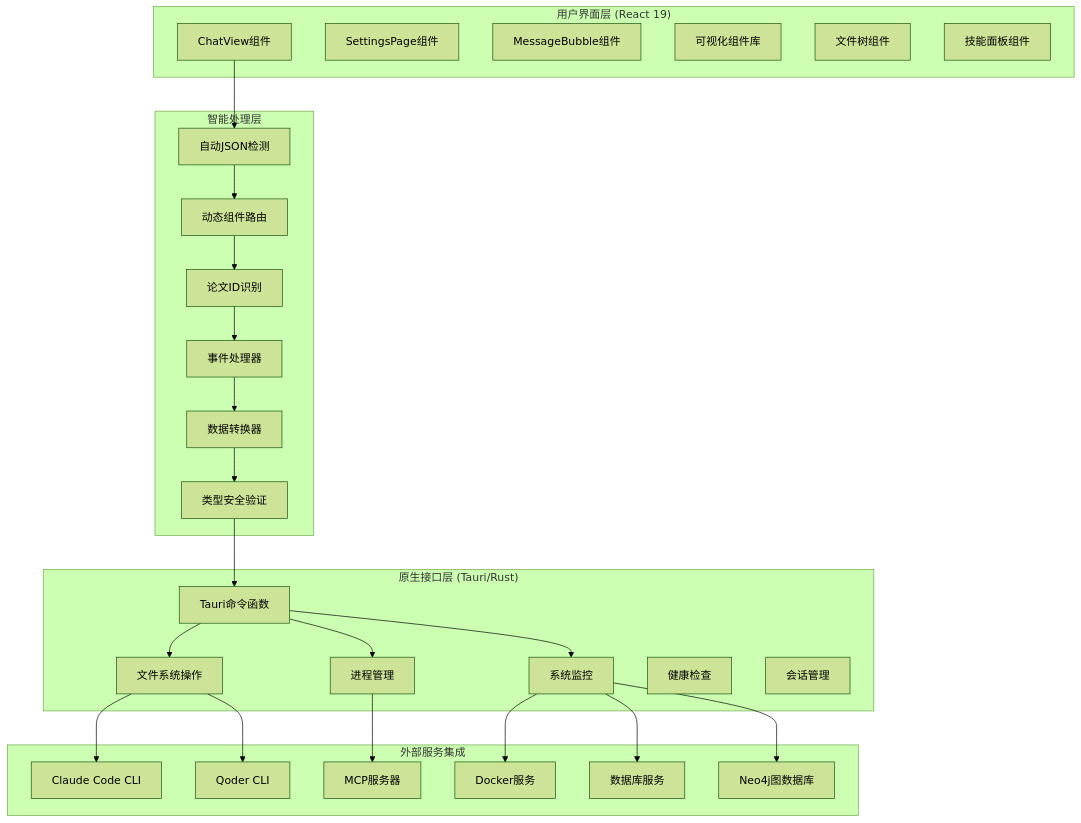
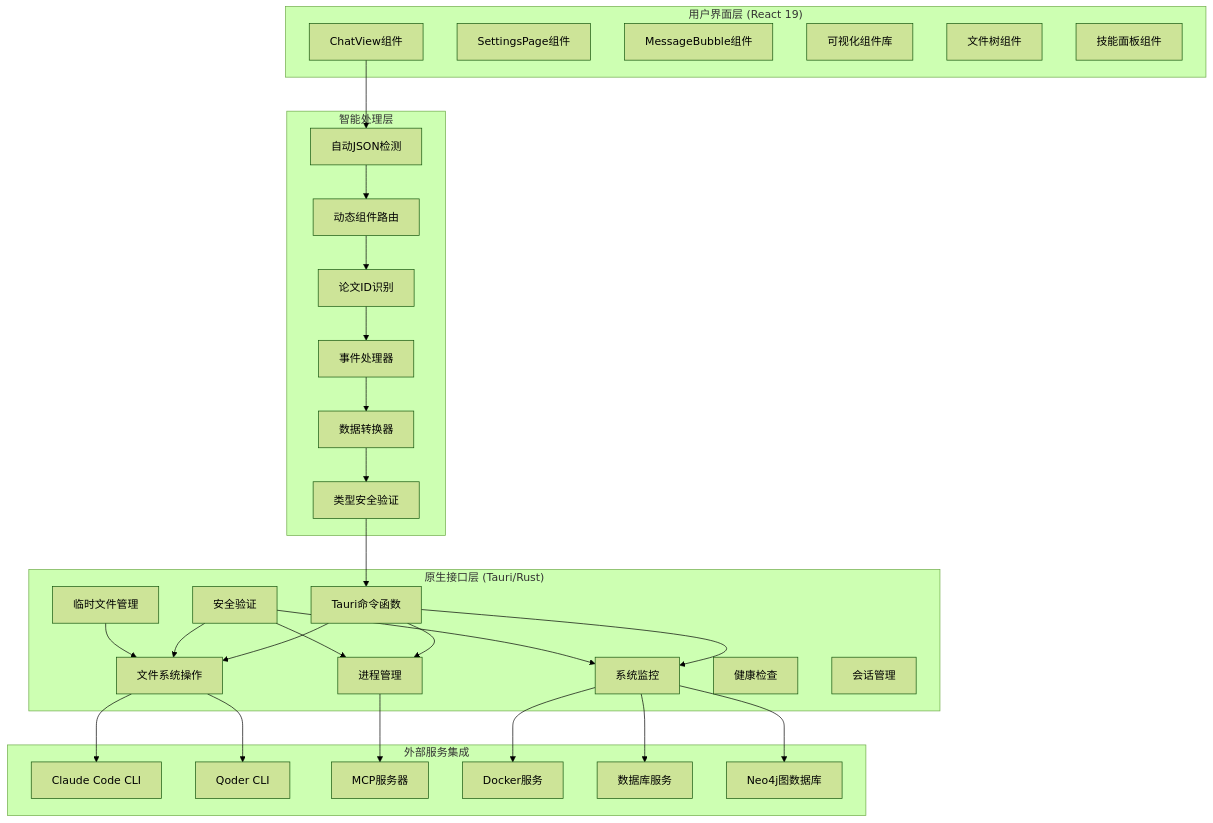
The third of 17 diagrams in .qoder/repowiki/zh/content/部署与运维/桌面应用程序基础设施.md (1173591564/academic-based-qoder), drawn with Mermaid (forest theme) before and after one commit. The commit also changed other lines of this file and 110 other files, not shown here.

````diff
--- a/.qoder/repowiki/zh/content/部署与运维/桌面应用程序基础设施.md
+++ b/.qoder/repowiki/zh/content/部署与运维/桌面应用程序基础设施.md
@@ -167,51 +168,57 @@
 ```mermaid
 graph TB
 subgraph "用户界面层 (React 19)"
 A[ChatView组件]
 B[SettingsPage组件]
 C[MessageBubble组件]
 D[可视化组件库]
 E[文件树组件]
 F[技能面板组件]
 end
 subgraph "智能处理层"
 G[自动JSON检测]
 H[动态组件路由]
 I[论文ID识别]
 J[事件处理器]
 K[数据转换器]
 L[类型安全验证]
 end
 subgraph "原生接口层 (Tauri/Rust)"
 M[Tauri命令函数]
 N[文件系统操作]
 O[进程管理]
 P[系统监控]
 Q[健康检查]
 R[会话管理]
+S[安全验证]
+T[临时文件管理]
 end
 subgraph "外部服务集成"
-S[Claude Code CLI]
-T[Qoder CLI]
-U[MCP服务器]
-V[Docker服务]
-W[数据库服务]
-X[Neo4j图数据库]
+U[Claude Code CLI]
+V[Qoder CLI]
+W[MCP服务器]
+X[Docker服务]
+Y[数据库服务]
+Z[Neo4j图数据库]
 end
 A --> G
 G --> H
 H --> I
 I --> J
 J --> K
 K --> L
 L --> M
 M --> N
 M --> O
 M --> P
-N --> S
-N --> T
-O --> U
-P --> V
-P --> W
+N --> U
+N --> V
+O --> W
 P --> X
+P --> Y
+P --> Z
+S --> N
+S --> O
+S --> P
+T --> N
 ```
````
